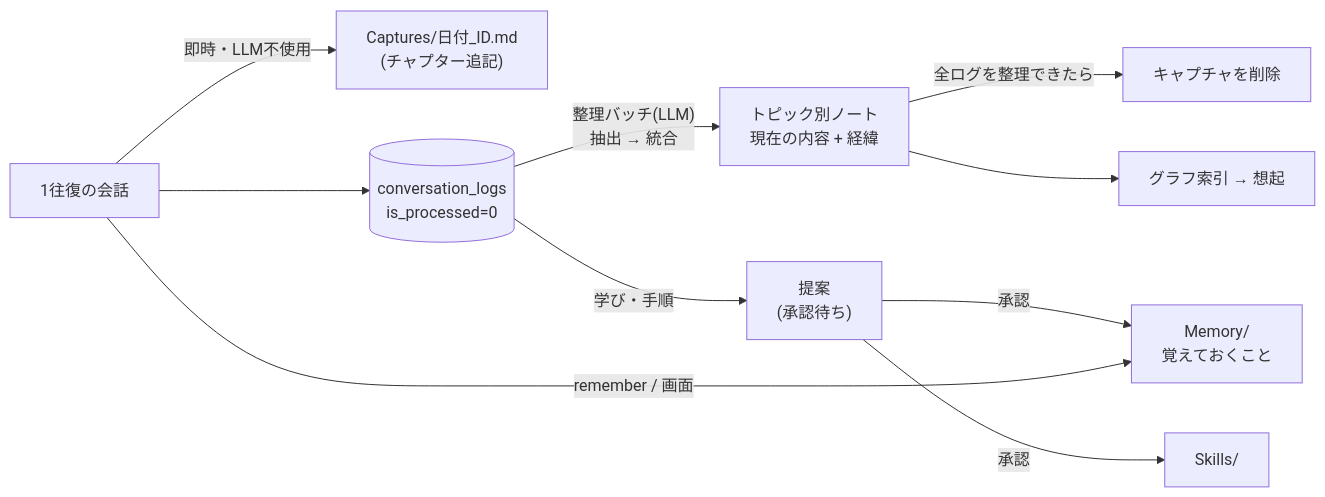
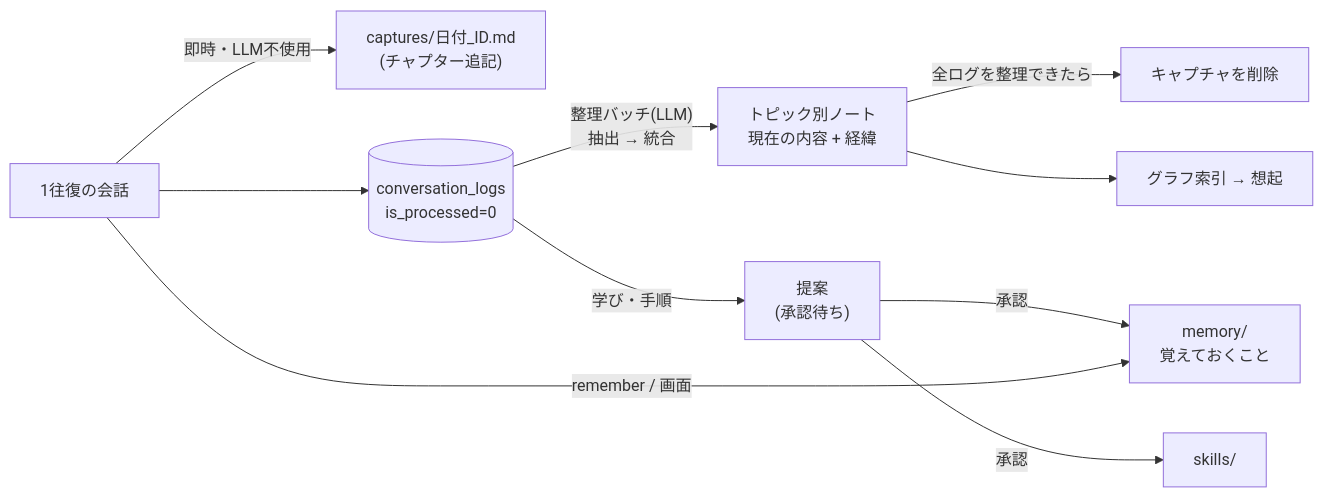
The first of 2 diagrams in docs/knowledge.md (long-in/MyAssistant), drawn with Mermaid before and after one commit. The commit also changed other lines of this file and 25 other files, not shown here.

````diff
--- a/docs/knowledge.md
+++ b/docs/knowledge.md
@@ -7,12 +7,12 @@
 ```mermaid
 flowchart LR
-  T["1往復の会話"] -->|"即時・LLM不使用"| C["Captures/日付_ID.md<br/>(チャプター追記)"]
+  T["1往復の会話"] -->|"即時・LLM不使用"| C["captures/日付_ID.md<br/>(チャプター追記)"]
   T --> DB[("conversation_logs<br/>is_processed=0")]
   DB -->|"整理バッチ(LLM)<br/>抽出 → 統合"| N["トピック別ノート<br/>現在の内容 + 経緯"]
   N -->|"全ログを整理できたら"| X["キャプチャを削除"]
   N --> G["グラフ索引 → 想起"]
   DB -->|"学び・手順"| P["提案<br/>(承認待ち)"]
-  P -->|"承認"| M["Memory/<br/>覚えておくこと"]
-  P -->|"承認"| S["Skills/"]
+  P -->|"承認"| M["memory/<br/>覚えておくこと"]
+  P -->|"承認"| S["skills/"]
   T -->|"remember / 画面"| M
 ```
````
